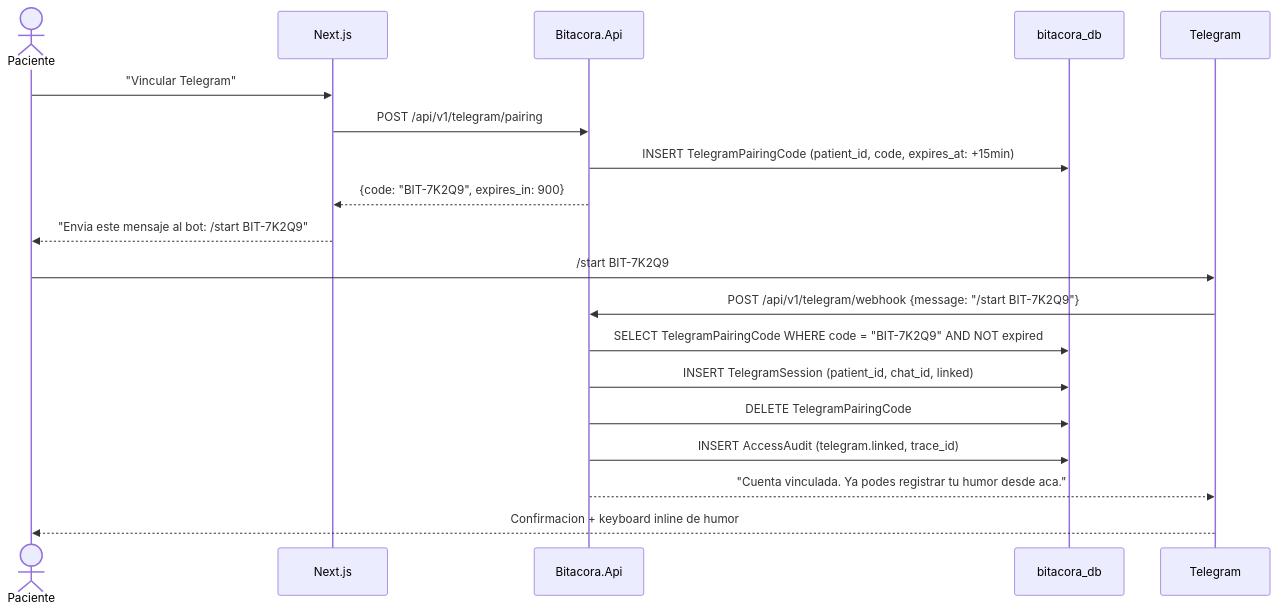
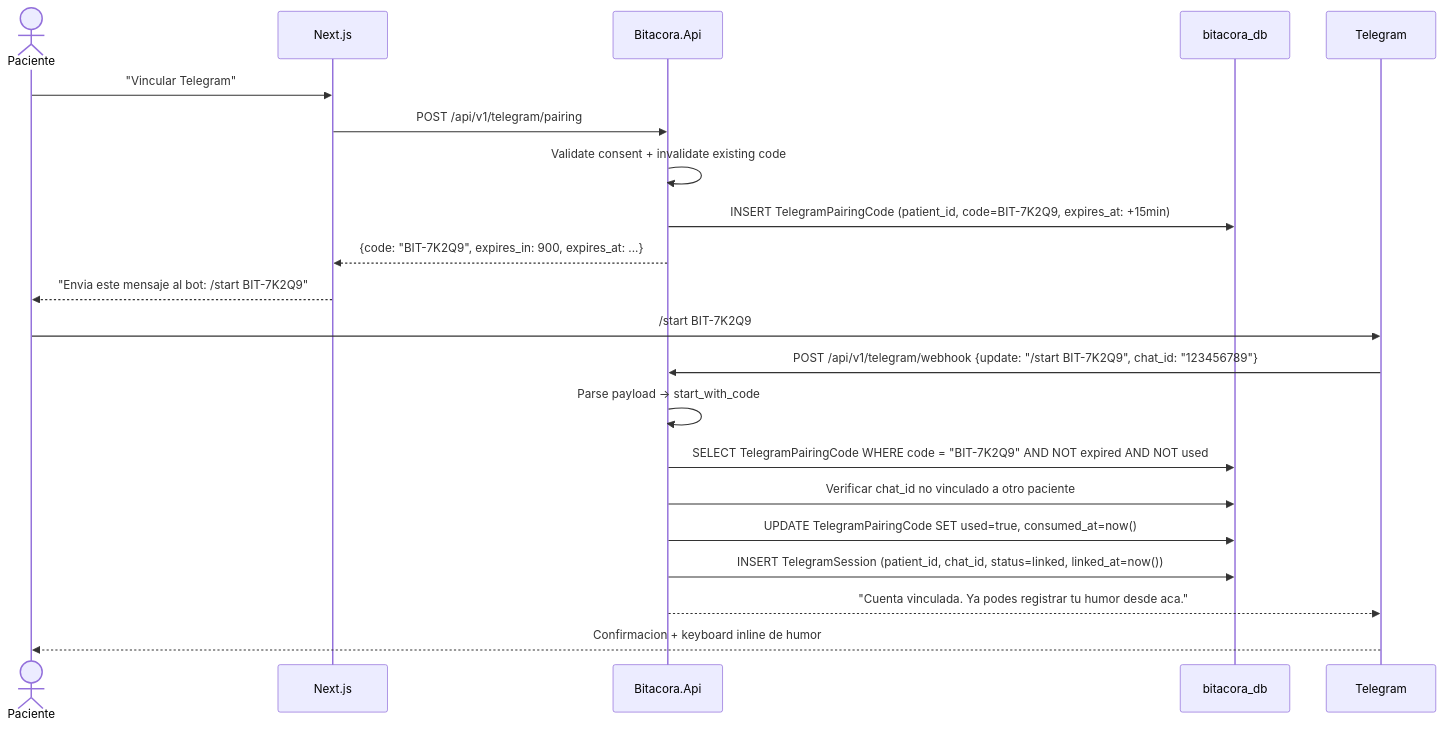
One commit to fgpaz/bitacora changed the diagram in .docs/wiki/03_FL/FL-TG-01.md. Above: the diagram before and after it, drawn with Mermaid. The commit also changed other lines of this file, not shown here.

Commit message:
fix(spec): FL-TG-01 — POST /telegram/pairing is implemented, not deferred

````diff
--- a/.docs/wiki/03_FL/FL-TG-01.md
+++ b/.docs/wiki/03_FL/FL-TG-01.md
@@ -27,23 +28,25 @@
 ```mermaid
 sequenceDiagram
     actor P as Paciente
     participant WEB as Next.js
     participant API as Bitacora.Api
     participant DB as bitacora_db
     participant TG as Telegram
 
     P->>WEB: "Vincular Telegram"
     WEB->>API: POST /api/v1/telegram/pairing
-    API->>DB: INSERT TelegramPairingCode (patient_id, code, expires_at: +15min)
-    API-->>WEB: {code: "BIT-7K2Q9", expires_in: 900}
+    API->>API: Validate consent + invalidate existing code
+    API->>DB: INSERT TelegramPairingCode (patient_id, code=BIT-7K2Q9, expires_at: +15min)
+    API-->>WEB: {code: "BIT-7K2Q9", expires_in: 900, expires_at: ...}
     WEB-->>P: "Envia este mensaje al bot: /start BIT-7K2Q9"
 
     P->>TG: /start BIT-7K2Q9
-    TG->>API: POST /api/v1/telegram/webhook {message: "/start BIT-7K2Q9"}
-    API->>DB: SELECT TelegramPairingCode WHERE code = "BIT-7K2Q9" AND NOT expired
-    API->>DB: INSERT TelegramSession (patient_id, chat_id, linked)
-    API->>DB: DELETE TelegramPairingCode
-    API->>DB: INSERT AccessAudit (telegram.linked, trace_id)
+    TG->>API: POST /api/v1/telegram/webhook {update: "/start BIT-7K2Q9", chat_id: "123456789"}
+    API->>API: Parse payload -> start_with_code
+    API->>DB: SELECT TelegramPairingCode WHERE code = "BIT-7K2Q9" AND NOT expired AND NOT used
+    API->>DB: Verificar chat_id no vinculado a otro paciente
+    API->>DB: UPDATE TelegramPairingCode SET used=true, consumed_at=now()
+    API->>DB: INSERT TelegramSession (patient_id, chat_id, status=linked, linked_at=now())
     API-->>TG: "Cuenta vinculada. Ya podes registrar tu humor desde aca."
     TG-->>P: Confirmacion + keyboard inline de humor
 ```
````
